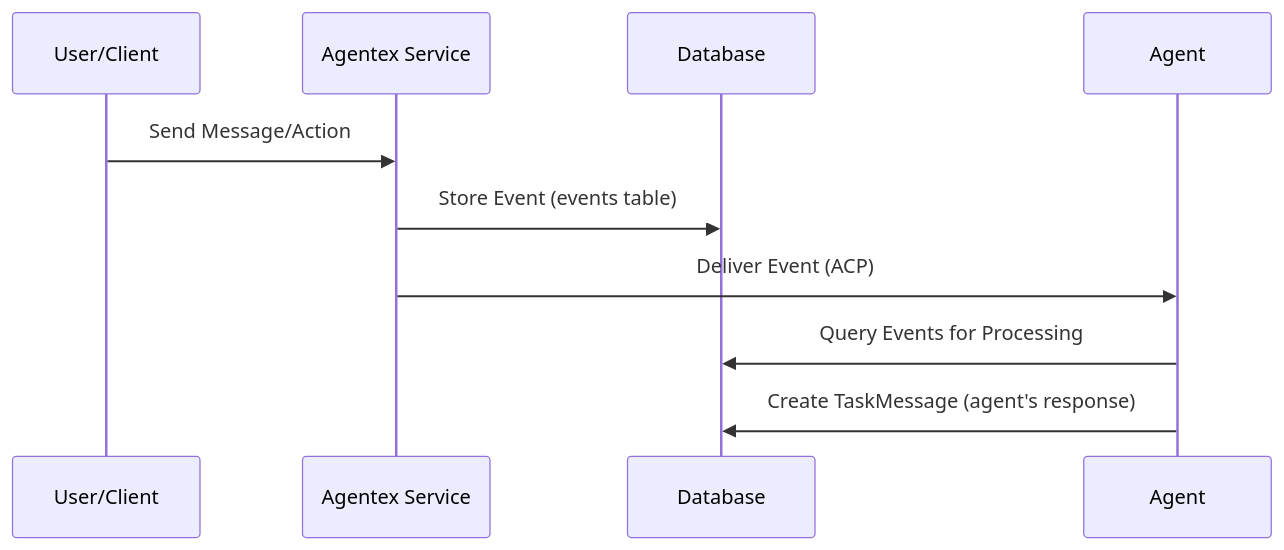
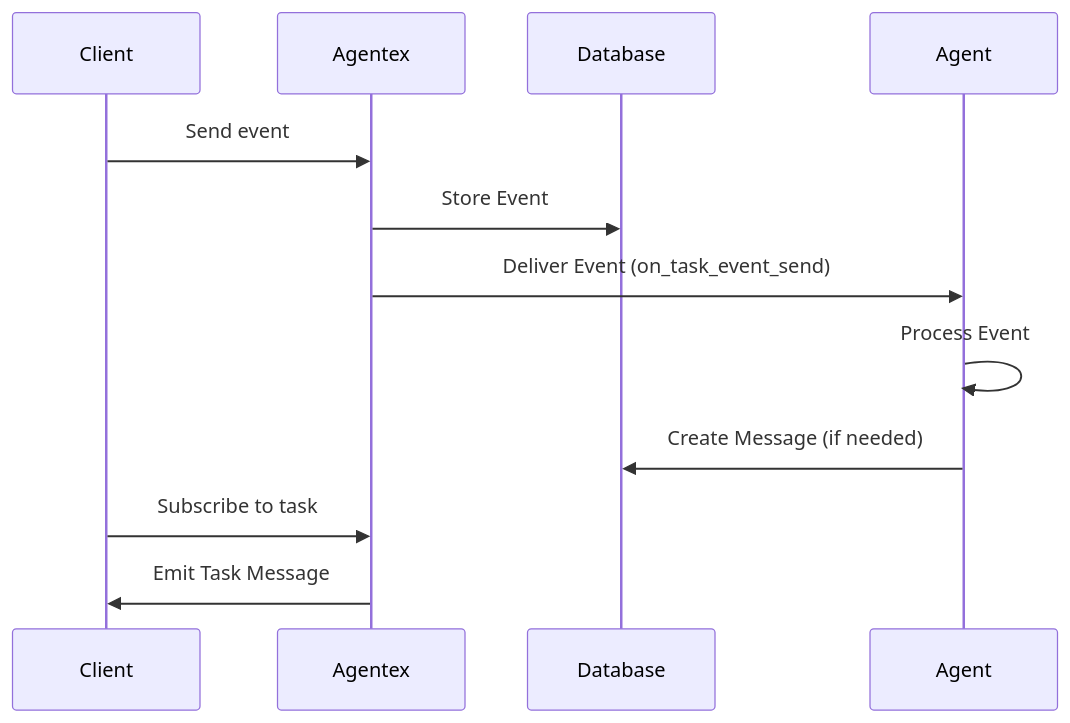
The diagram in agentex/docs/docs/concepts/events.md (scaleapi/scale-agentex), drawn with Mermaid before and after one commit. The commit also changed other lines of this file and 5 other files, not shown here.

````diff
--- a/agentex/docs/docs/concepts/events.md
+++ b/agentex/docs/docs/concepts/events.md
@@ -51,13 +36,15 @@
 ```mermaid
 sequenceDiagram
-    participant U as User/Client
-    participant A as Agentex Service
-    participant D as Database
-    participant G as Agent
+    participant Client
+    participant Agentex
+    participant Database
+    participant Agent
 
-    U->>A: Send Message/Action
-    A->>D: Store Event (events table)
-    A->>G: Deliver Event (ACP)
-    G->>D: Query Events for Processing
-    G->>D: Create TaskMessage (agent's response)
+    Client->>Agentex: Send event
+    Agentex->>Database: Store Event
+    Agentex->>Agent: Deliver Event (on_task_event_send)
+    Agent->>Agent: Process Event
+    Agent->>Database: Create Message (if needed)
+    Client->>Agentex: Subscribe to task
+    Agentex->>Client: Emit Task Message
 ```
````
